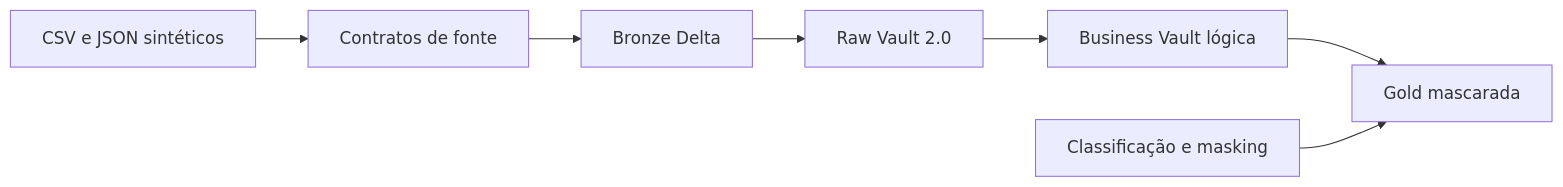
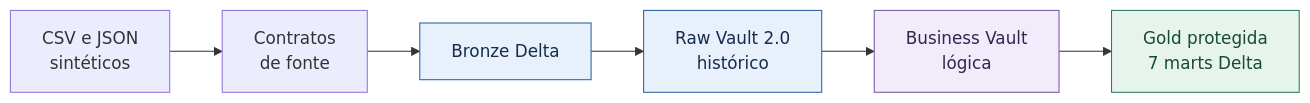
The first of 4 diagrams in README.md (ale468/Data-Master-Platform), drawn with Mermaid before and after one commit. The commit also changed other lines of this file, not shown here.

````diff
--- a/README.md
+++ b/README.md
@@ -41,9 +84,14 @@
 ```mermaid
 flowchart LR
-    Sources["CSV e JSON sintéticos"] --> Contracts["Contratos de fonte"]
+    Sources["CSV e JSON<br/>sintéticos"] --> Contracts["Contratos<br/>de fonte"]
     Contracts --> Bronze["Bronze Delta"]
-    Bronze --> Raw["Raw Vault 2.0"]
-    Raw --> Business["Business Vault lógica"]
-    Business --> Gold["Gold mascarada"]
-    Privacy["Classificação e masking"] --> Gold
+    Bronze --> Raw["Raw Vault 2.0<br/>histórico"]
+    Raw --> Business["Business Vault<br/>lógica"]
+    Business --> Gold["Gold protegida<br/>7 marts Delta"]
+    classDef physical fill:#e8f1fb,stroke:#2563a6,color:#172b4d;
+    classDef logical fill:#f1ebfa,stroke:#7856a4,color:#352650;
+    classDef output fill:#e7f4ee,stroke:#287c56,color:#174b35;
+    class Bronze,Raw physical;
+    class Business logical;
+    class Gold output;
 ```
````
